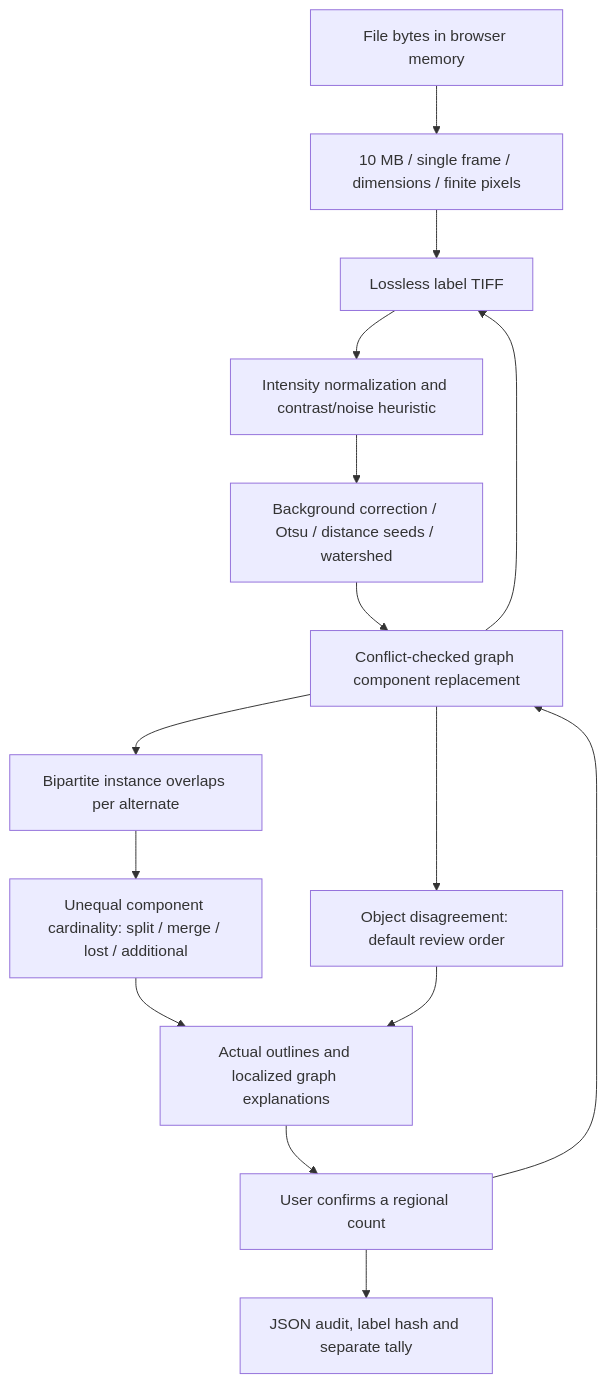
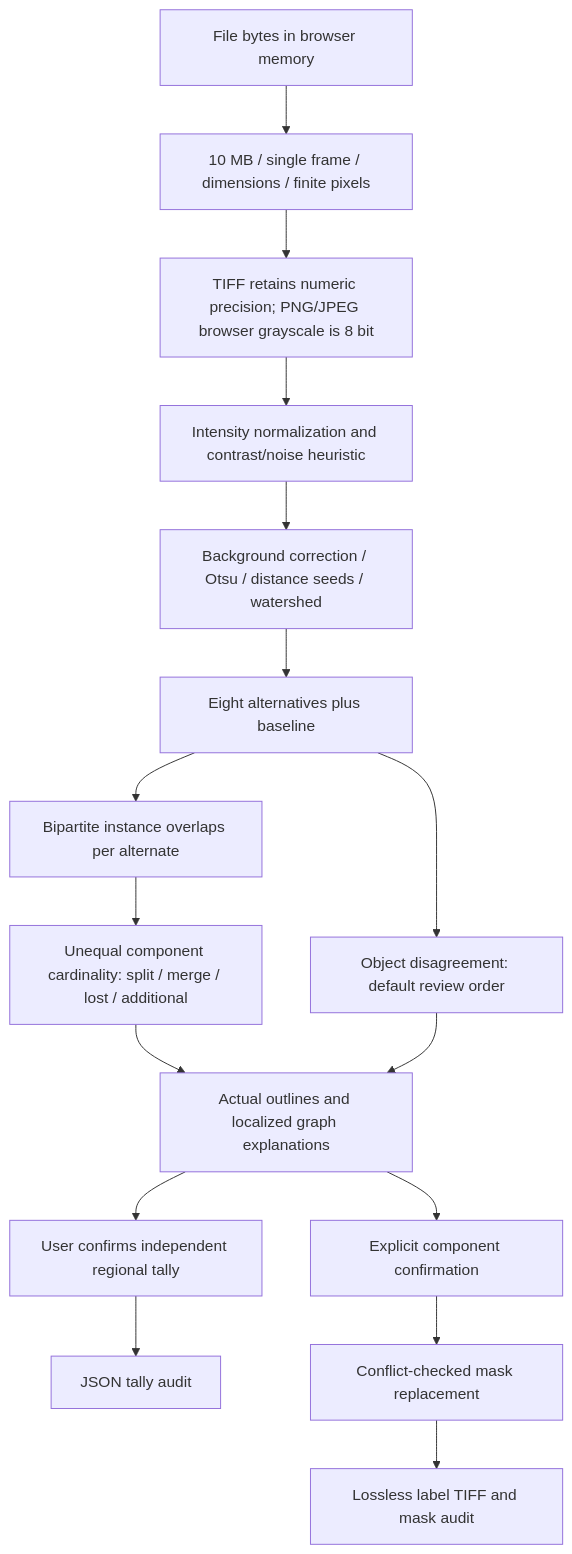
The second of 4 diagrams in docs/architecture.md (dumbthing999-ui/nuclei-lens), drawn with Mermaid before and after one commit. The commit also changed other lines of this file and 30 other files, not shown here.

Commit message:
feat: require audited alignment judgment before external mask replacement

````diff
--- a/docs/architecture.md
+++ b/docs/architecture.md
@@ -40,17 +42,18 @@
 ```mermaid
 flowchart TD
   B[File bytes in browser memory] --> V[10 MB / single frame / dimensions / finite pixels]
   V --> T[TIFF retains numeric precision; PNG/JPEG browser grayscale is 8 bit]
   T --> N[Intensity normalization and contrast/noise heuristic]
   N --> S[Background correction / Otsu / distance seeds / watershed]
   S --> P[Eight alternatives plus baseline]
   P --> G[Bipartite instance overlaps per alternate]
   G --> E[Unequal component cardinality: split / merge / lost / additional]
   P --> R[Object disagreement: default review order]
   E --> U[Actual outlines and localized graph explanations]
   R --> U
-  U --> H[User confirms a regional count]
-  H --> P[Conflict-checked graph component replacement]
-  P --> T[Lossless label TIFF]
-  H --> X[JSON audit, label hash and separate tally]
+  U --> H[User confirms independent regional tally]
+  H --> X[JSON tally audit]
+  U --> C[Explicit component confirmation]
+  C --> M[Conflict-checked mask replacement]
+  M --> L[Lossless label TIFF and mask audit]
 ```
````
